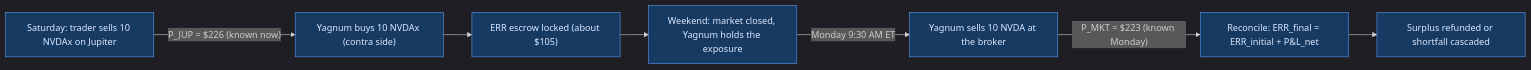
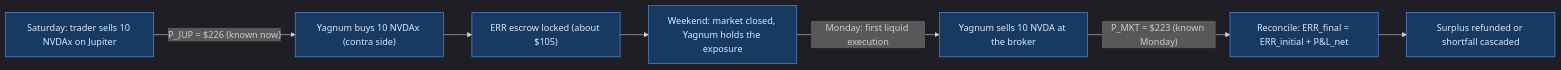
Before and after one commit to Yagnum/Empirical: the first of 2 diagrams in docs/YAGNUM-EXPLAINED.md, drawn with Mermaid. The commit also changed other lines of this file, not shown here.

````diff
--- a/docs/YAGNUM-EXPLAINED.md
+++ b/docs/YAGNUM-EXPLAINED.md
@@ -56,17 +56,17 @@
 ```mermaid
 %%{init: {"theme": "dark"}}%%
 flowchart LR
     A["Saturday: trader sells 10 NVDAx on Jupiter"] -->|"P_JUP = $226 (known now)"| B["Yagnum buys 10 NVDAx (contra side)"]
     B --> C["ERR escrow locked (about $105)"]
     C --> D["Weekend: market closed, Yagnum holds the exposure"]
-    D -->|"Monday 9:30 AM ET"| E["Yagnum sells 10 NVDA at the broker"]
+    D -->|"Monday: first liquid execution"| E["Yagnum sells 10 NVDA at the broker"]
     E -->|"P_MKT = $223 (known Monday)"| F["Reconcile: ERR_final = ERR_initial + P&L_net"]
     F --> G["Surplus refunded or shortfall cascaded"]
     style A fill:#173a63,stroke:#5b9cf5,color:#dbe9ff
     style B fill:#173a63,stroke:#5b9cf5,color:#dbe9ff
     style C fill:#173a63,stroke:#5b9cf5,color:#dbe9ff
     style D fill:#173a63,stroke:#5b9cf5,color:#dbe9ff
     style E fill:#173a63,stroke:#5b9cf5,color:#dbe9ff
     style F fill:#173a63,stroke:#5b9cf5,color:#dbe9ff
     style G fill:#173a63,stroke:#5b9cf5,color:#dbe9ff
 ```
````
